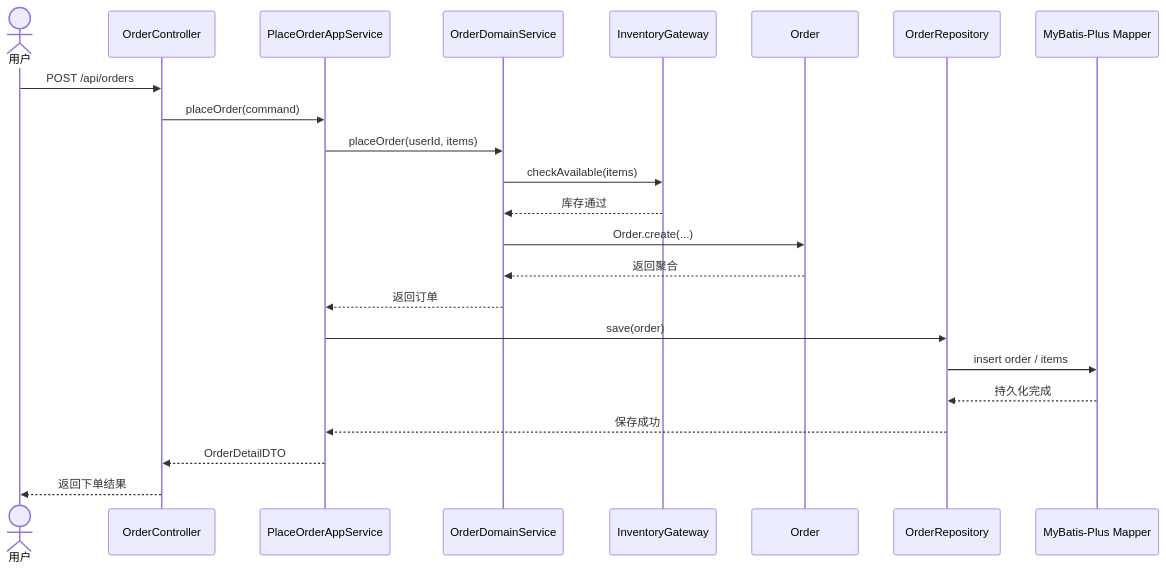
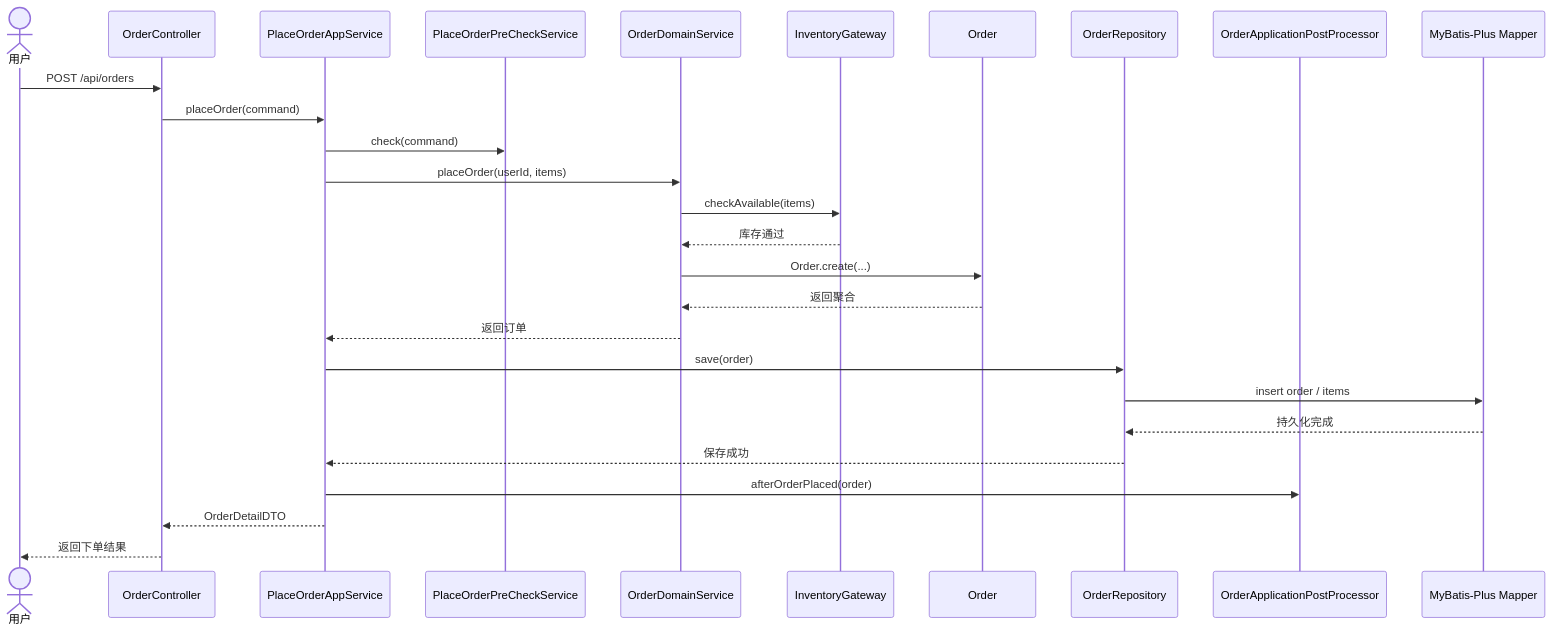
Before and after one commit to IanAqkj10/ddd-demo: the second of 3 diagrams in README.md, drawn with Mermaid. The commit also changed other lines of this file and 22 other files, not shown here.

````diff
--- a/README.md
+++ b/README.md
@@ -135,26 +137,30 @@
 ```mermaid
 sequenceDiagram
     actor User as 用户
     participant C as OrderController
     participant A as PlaceOrderAppService
+    participant P as PlaceOrderPreCheckService
     participant D as OrderDomainService
     participant G as InventoryGateway
     participant O as Order
     participant R as OrderRepository
+    participant X as OrderApplicationPostProcessor
     participant M as MyBatis-Plus Mapper
 
     User->>C: POST /api/orders
     C->>A: placeOrder(command)
+    A->>P: check(command)
     A->>D: placeOrder(userId, items)
     D->>G: checkAvailable(items)
     G-->>D: 库存通过
     D->>O: Order.create(...)
     O-->>D: 返回聚合
     D-->>A: 返回订单
     A->>R: save(order)
     R->>M: insert order / items
     M-->>R: 持久化完成
     R-->>A: 保存成功
+    A->>X: afterOrderPlaced(order)
     A-->>C: OrderDetailDTO
     C-->>User: 返回下单结果
 ```
````
